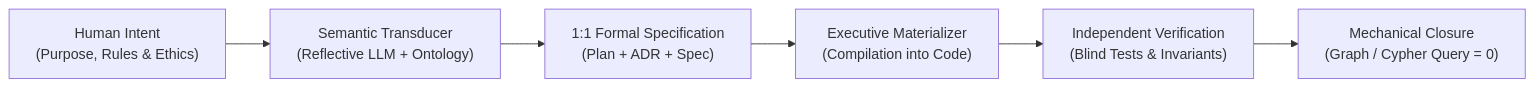
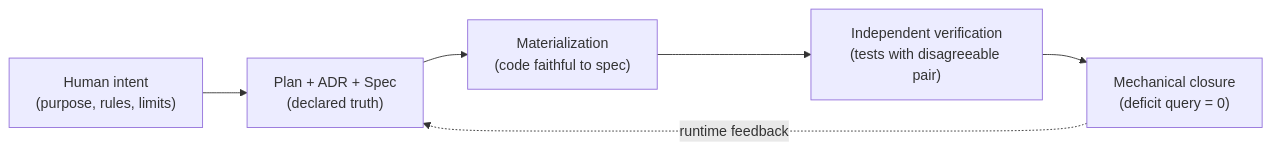
One commit to fuzaro/EEEMIAD changed the first of 2 diagrams in docs/en/01-overview.md. Above: the diagram before and after it, drawn with Mermaid. The commit also changed other lines of this file and 65 other files, not shown here.

````diff
--- a/docs/en/01-overview.md
+++ b/docs/en/01-overview.md
@@ -11,8 +43,8 @@
 ```mermaid
 flowchart LR
-    A["Human Intent<br/>(Purpose, Rules & Ethics)"] --> B["Semantic Transducer<br/>(Reflective LLM + Ontology)"]
-    B --> C["1:1 Formal Specification<br/>(Plan + ADR + Spec)"]
-    C --> D["Executive Materializer<br/>(Compilation into Code)"]
-    D --> E["Independent Verification<br/>(Blind Tests & Invariants)"]
-    E --> F["Mechanical Closure<br/>(Graph / Cypher Query = 0)"]
+    A["Human intent<br/>(purpose, rules, limits)"] --> B["Plan + ADR + Spec<br/>(declared truth)"]
+    B --> C["Materialization<br/>(code faithful to spec)"]
+    C --> D["Independent verification<br/>(tests with disagreeable pair)"]
+    D --> E["Mechanical closure<br/>(deficit query = 0)"]
+    E -.->|"runtime feedback"| B
 ```
````
